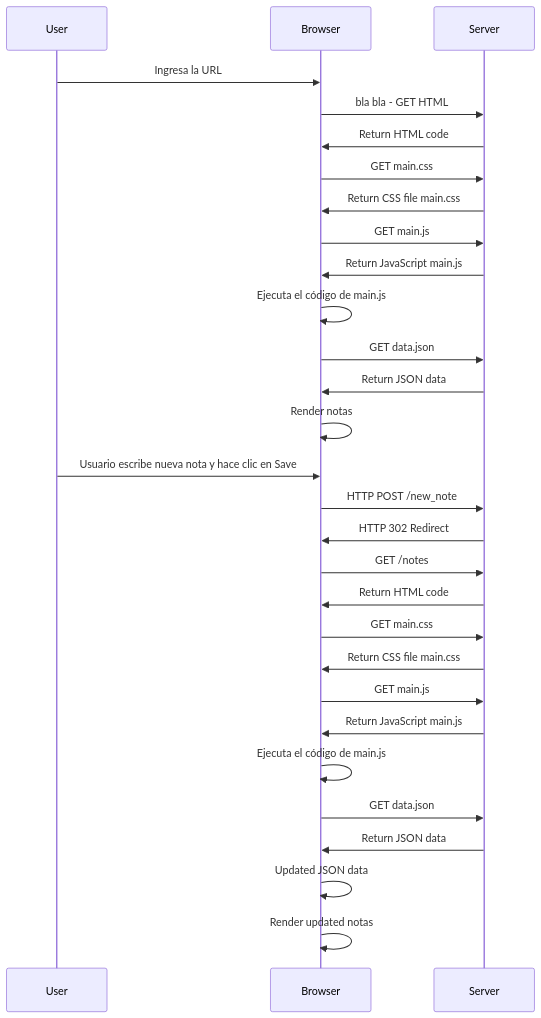
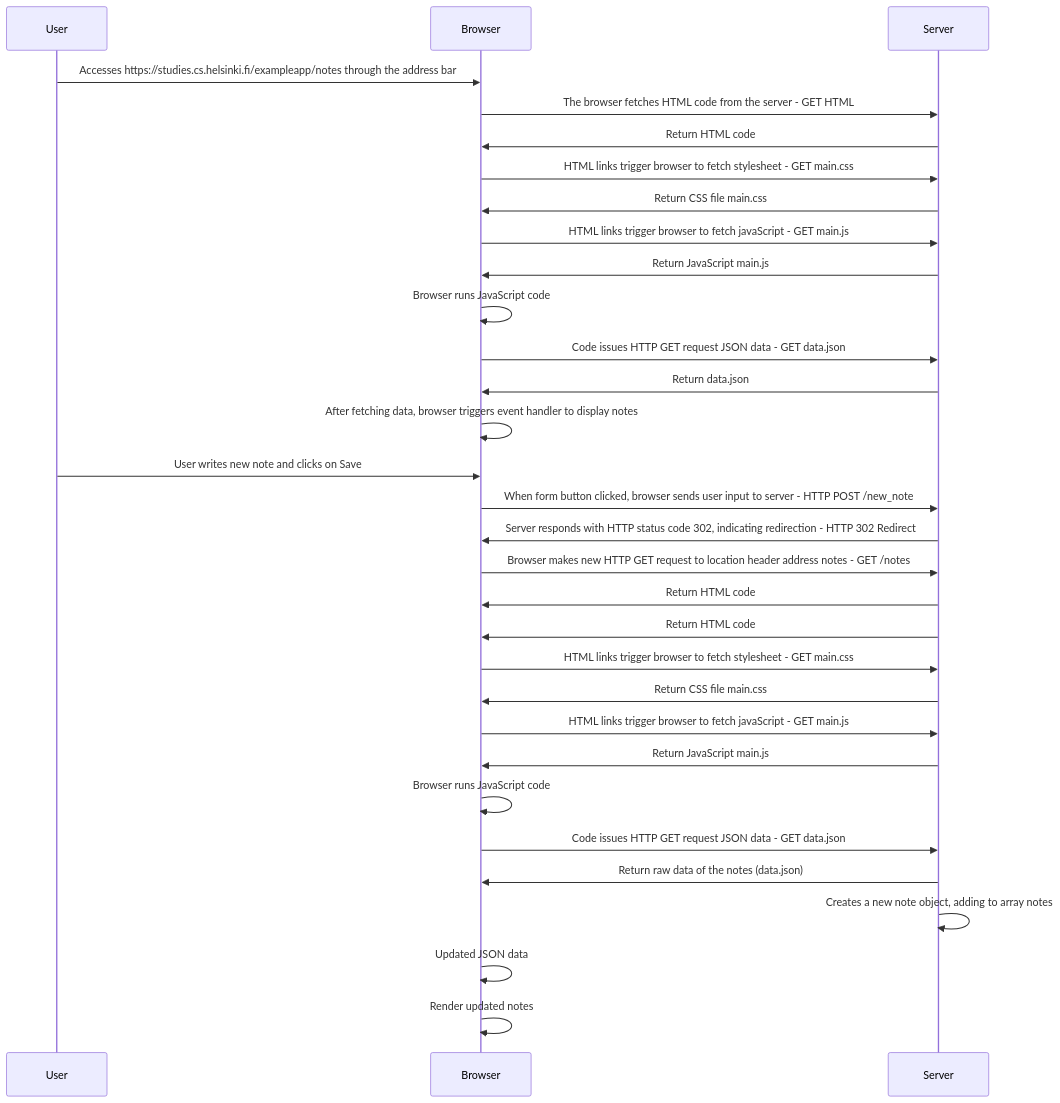
The diagram in secuencia.md (mgarciajust/fullstack-course), drawn with Mermaid before and after one commit.

````diff
--- a/secuencia.md
+++ b/secuencia.md
@@ -1,28 +1,30 @@
 ```mermaid
 sequenceDiagram
-    User->>Browser: Ingresa la URL
-    Browser->>Server: bla bla - GET HTML
+    User->>Browser: Accesses https://studies.cs.helsinki.fi/exampleapp/notes through the address bar
+    Browser->>Server: The browser fetches HTML code from the server - GET HTML
     Server->>Browser: Return HTML code
-    Browser->>Server: GET main.css
+    Browser->>Server: HTML links trigger browser to fetch stylesheet - GET main.css
     Server->>Browser: Return CSS file main.css
-    Browser->>Server: GET main.js
+    Browser->>Server: HTML links trigger browser to fetch javaScript - GET main.js
     Server->>Browser: Return JavaScript main.js
-    Browser->>Browser: Ejecuta el código de main.js
-    Browser->>Server: GET data.json
-    Server->>Browser: Return JSON data
-    Browser->>Browser: Render notas
-    User->>Browser: Usuario escribe nueva nota y hace clic en Save
-    Browser->>Server: HTTP POST /new_note
-    Server->>Browser: HTTP 302 Redirect
-    Browser->>Server: GET /notes
+    Browser->>Browser: Browser runs JavaScript code 
+    Browser->>Server: Code issues HTTP GET request JSON data - GET data.json
+    Server->>Browser: Return data.json
+    Browser->>Browser: After fetching data, browser triggers event handler to display notes
+    User->>Browser: User writes new note and clicks on Save
+    Browser->>Server: When form button clicked, browser sends user input to server - HTTP POST /new_note
+    Server->>Browser: Server responds with HTTP status code 302, indicating redirection - HTTP 302 Redirect
+    Browser->>Server: Browser makes new HTTP GET request to location header address notes - GET /notes
+    Server->>Browser: Return HTML code 
     Server->>Browser: Return HTML code
-    Browser->>Server: GET main.css
+    Browser->>Server: HTML links trigger browser to fetch stylesheet - GET main.css
     Server->>Browser: Return CSS file main.css
-    Browser->>Server: GET main.js
+    Browser->>Server: HTML links trigger browser to fetch javaScript - GET main.js
     Server->>Browser: Return JavaScript main.js
-    Browser->>Browser: Ejecuta el código de main.js
-    Browser->>Server: GET data.json
-    Server->>Browser: Return JSON data
+    Browser->>Browser: Browser runs JavaScript code 
+    Browser->>Server: Code issues HTTP GET request JSON data - GET data.json
+    Server->>Browser: Return raw data of the notes (data.json)
+    Server->>Server: Creates a new note object, adding to array notes
     Browser->>Browser: Updated JSON data
-    Browser->>Browser: Render updated notas
+    Browser->>Browser: Render updated notes
 ```
````
